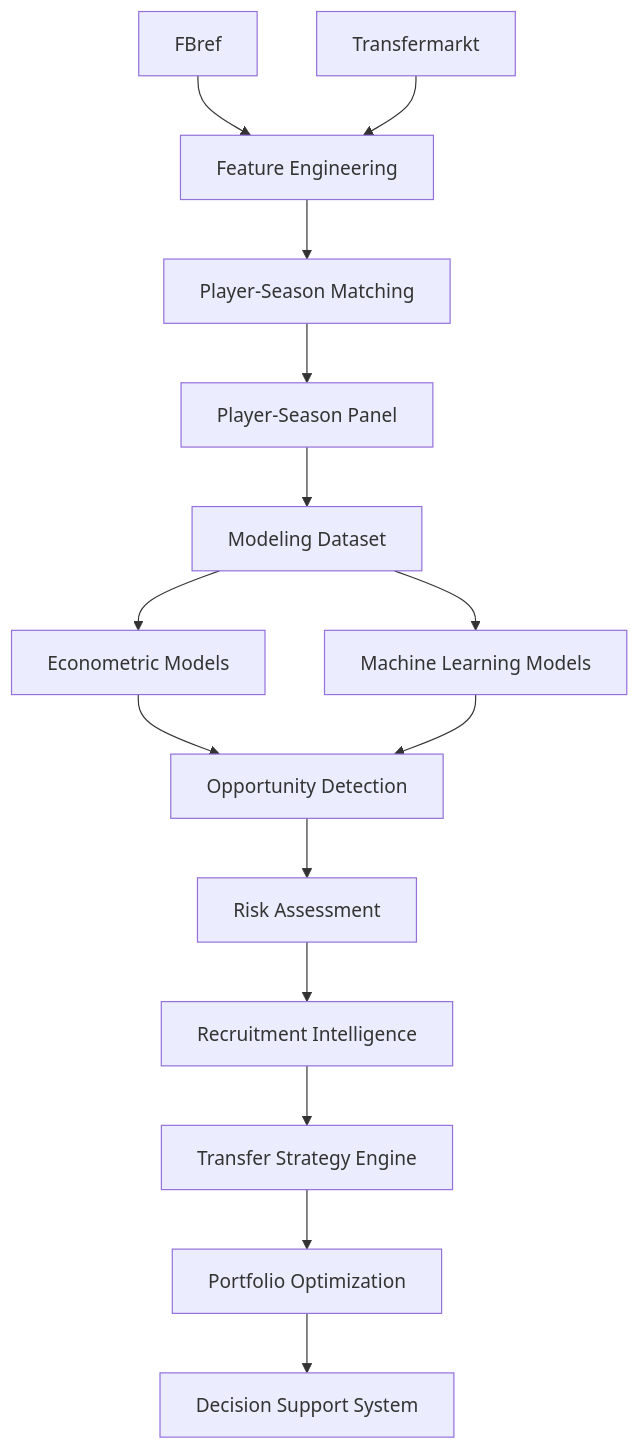
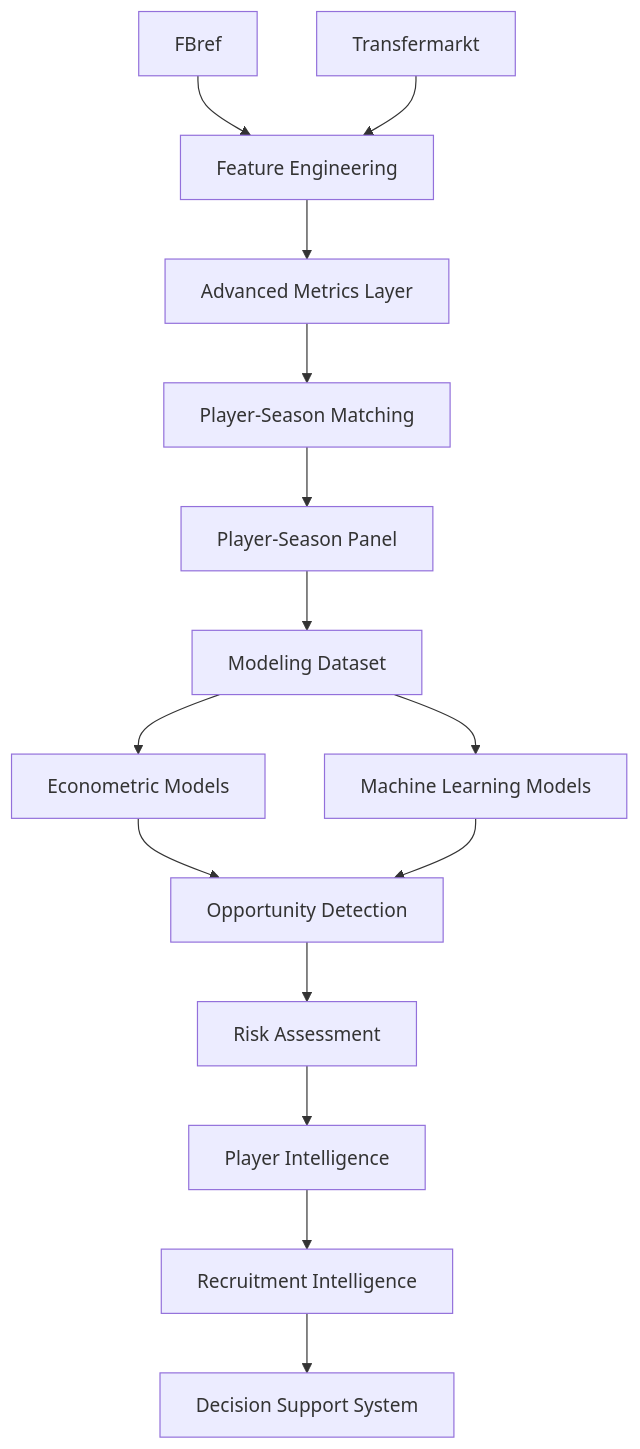
The diagram in docs/data_sources.md (manuelpeba/market-value-football-tfm), drawn with Mermaid before and after one commit. The commit also changed other lines of this file and 15 other files, not shown here.

````diff
--- a/docs/data_sources.md
+++ b/docs/data_sources.md
@@ -76,33 +96,33 @@
 ```mermaid
 flowchart TD
 
 A[FBref]
 --> E[Feature Engineering]
 
 B[Transfermarkt]
 --> E
 
-E --> F[Player-Season Matching]
+E --> F[Advanced Metrics Layer]
 
-F --> G[Player-Season Panel]
+F --> G[Player-Season Matching]
 
-G --> H[Modeling Dataset]
+G --> H[Player-Season Panel]
 
-H --> I[Econometric Models]
+H --> I[Modeling Dataset]
 
-H --> J[Machine Learning Models]
+I --> J[Econometric Models]
 
-I --> K[Opportunity Detection]
+I --> K[Machine Learning Models]
 
-J --> K
+J --> L[Opportunity Detection]
 
-K --> L[Risk Assessment]
+K --> L
 
-L --> M[Recruitment Intelligence]
+L --> M[Risk Assessment]
 
-M --> N[Transfer Strategy Engine]
+M --> N[Player Intelligence]
 
-N --> O[Portfolio Optimization]
+N --> O[Recruitment Intelligence]
 
 O --> P[Decision Support System]
 ```
````
